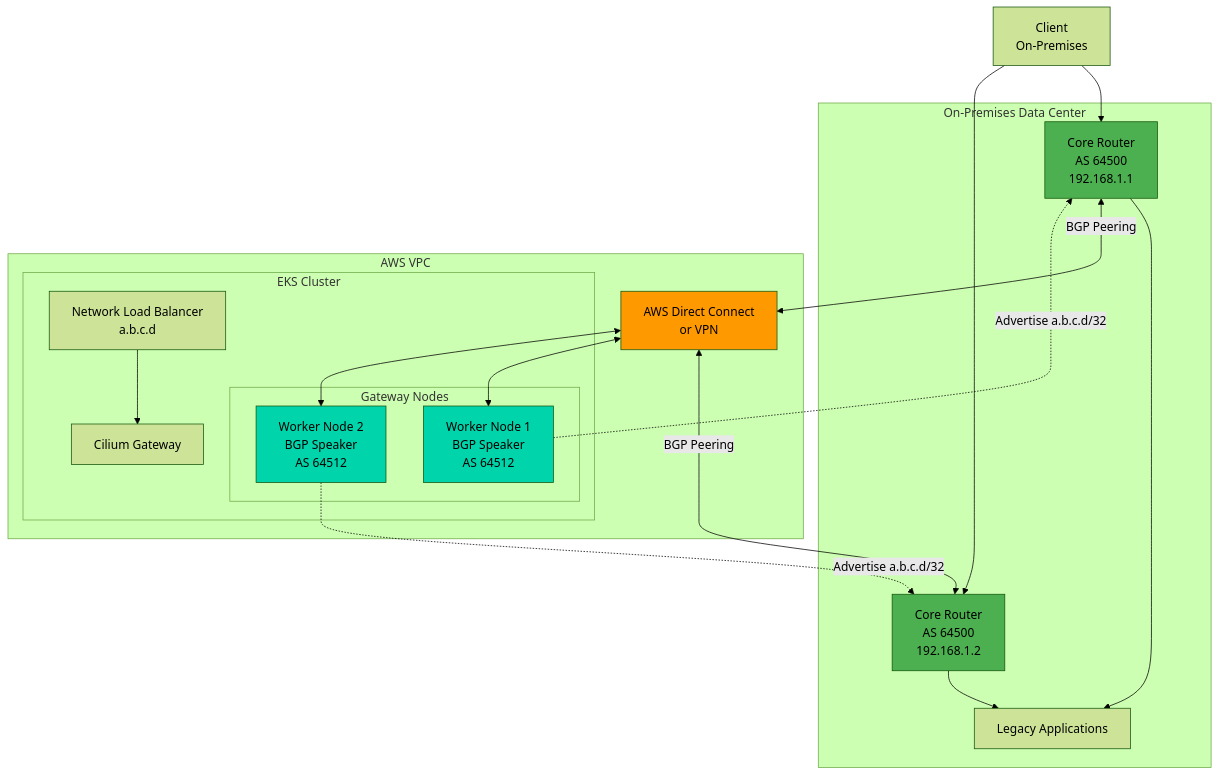
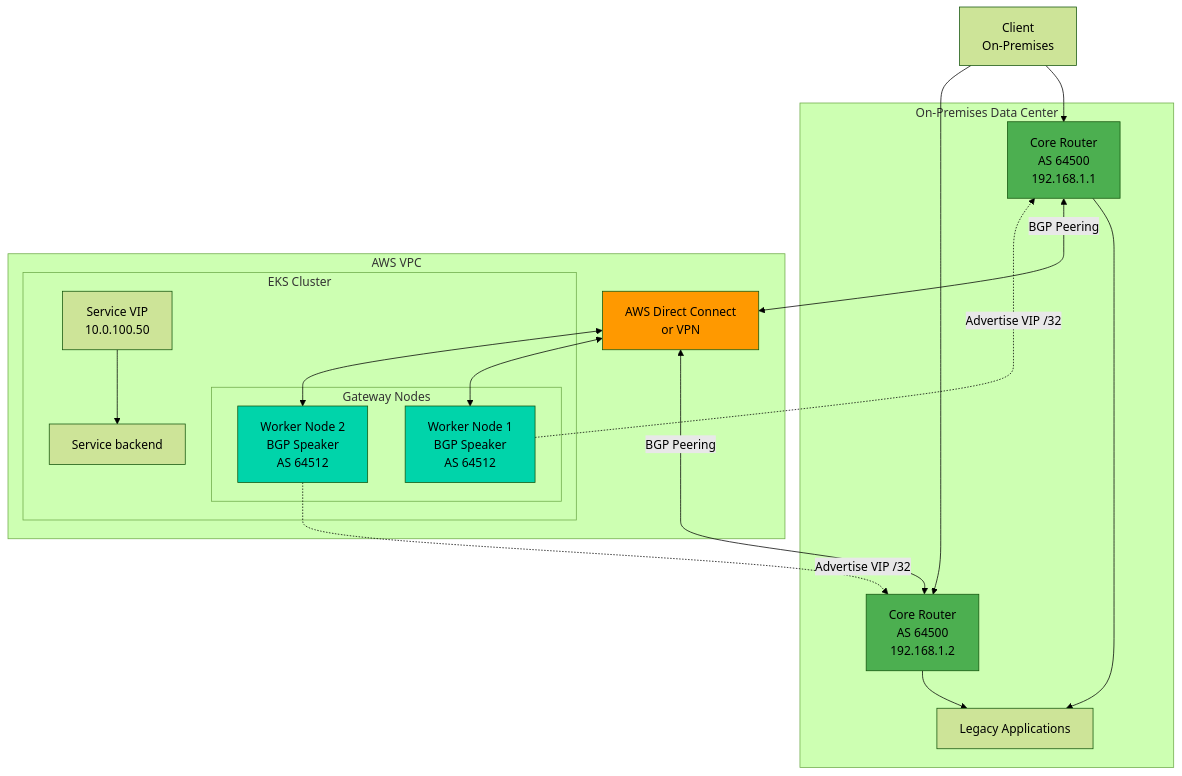
One commit to devfloor9/engineering-playbook changed the fifth of 6 diagrams in docs/eks-best-practices/networking-performance/gateway-api-adoption-guide/cilium-eni-gateway-api.md. Above: the diagram before and after it, drawn with Mermaid (forest theme). The commit also changed other lines of this file and 7 other files, not shown here.

````diff
--- a/docs/eks-best-practices/networking-performance/gateway-api-adoption-guide/cilium-eni-gateway-api.md
+++ b/docs/eks-best-practices/networking-performance/gateway-api-adoption-guide/cilium-eni-gateway-api.md
@@ -1595,44 +1601,44 @@
 ```mermaid
 graph TB
     subgraph "On-Premises Data Center"
         ROUTER1[Core Router<br/>AS 64500<br/>192.168.1.1]
         ROUTER2[Core Router<br/>AS 64500<br/>192.168.1.2]
         ONPREM[Legacy Applications]
 
         ROUTER1 --> ONPREM
         ROUTER2 --> ONPREM
     end
 
     subgraph "AWS VPC"
         subgraph "EKS Cluster"
             subgraph "Gateway Nodes"
                 NODE1[Worker Node 1<br/>BGP Speaker<br/>AS 64512]
                 NODE2[Worker Node 2<br/>BGP Speaker<br/>AS 64512]
             end
 
-            NLB[Network Load Balancer<br/>a.b.c.d]
-            ENVOY[Cilium Gateway]
+            NLB[Service VIP<br/>10.0.100.50]
+            ENVOY[Service backend]
 
-            NODE1 -.->|Advertise a.b.c.d/32| ROUTER1
-            NODE2 -.->|Advertise a.b.c.d/32| ROUTER2
+            NODE1 -.->|Advertise VIP /32| ROUTER1
+            NODE2 -.->|Advertise VIP /32| ROUTER2
 
             NLB --> ENVOY
         end
 
         DX[AWS Direct Connect<br/>or VPN]
     end
 
     ROUTER1 <-->|BGP Peering| DX
     ROUTER2 <-->|BGP Peering| DX
     DX <--> NODE1
     DX <--> NODE2
 
     CLIENT[Client<br/>On-Premises] --> ROUTER1
     CLIENT --> ROUTER2
 
     style ROUTER1 fill:#4CAF50
     style ROUTER2 fill:#4CAF50
     style NODE1 fill:#00D4AA
     style NODE2 fill:#00D4AA
     style DX fill:#FF9900
 ```
````
